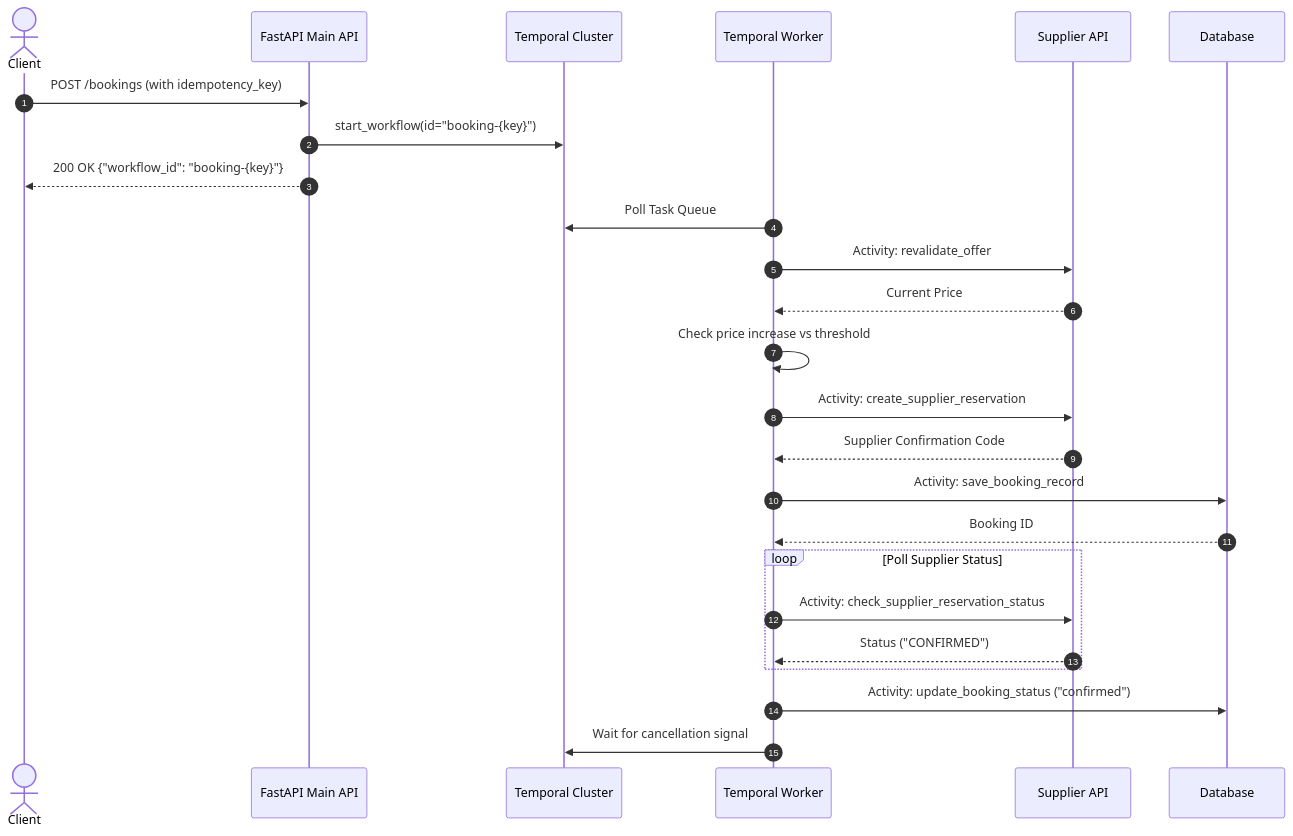
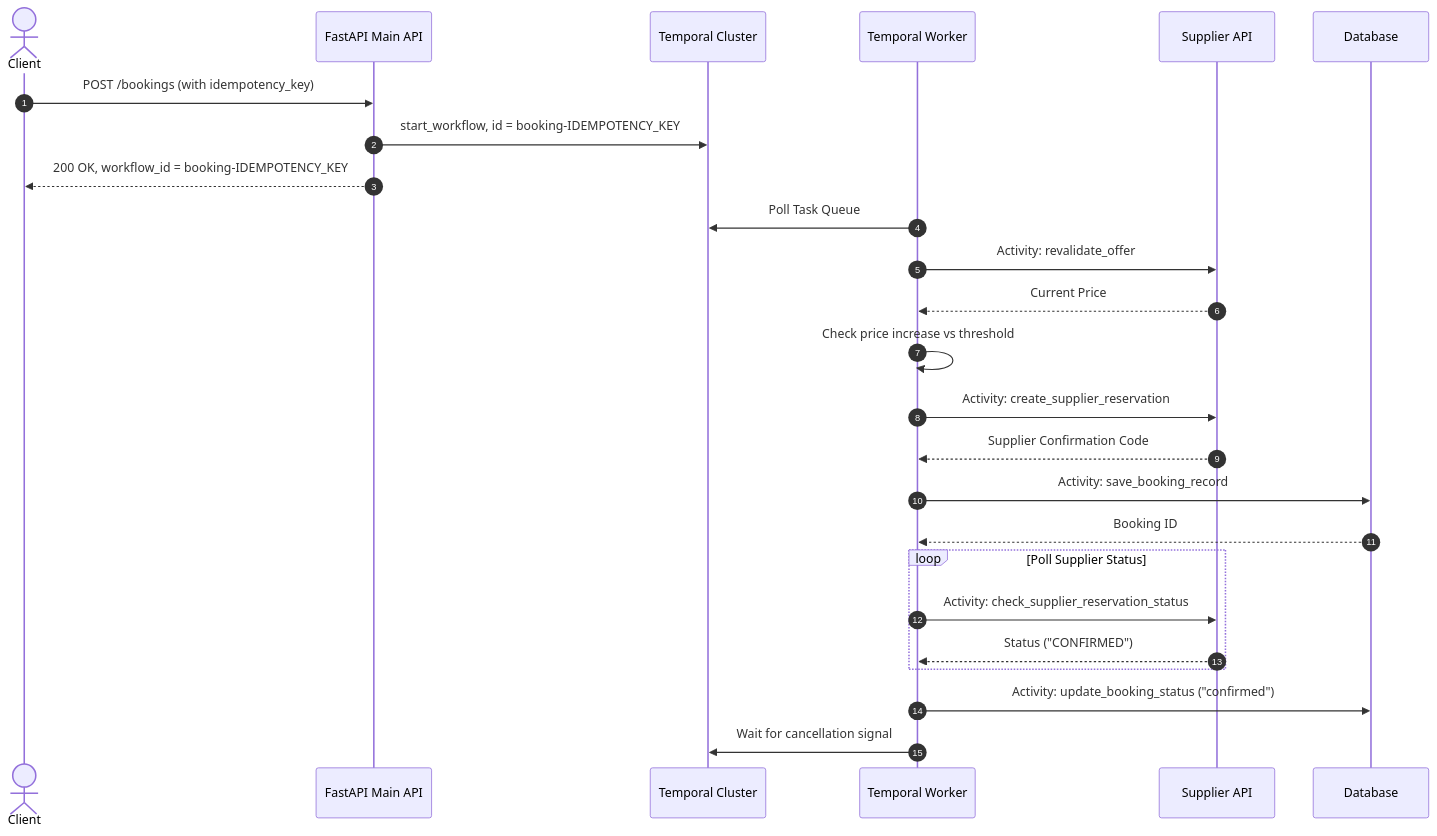
Before and after one commit to ommundada16/prodt_task: the third of 3 diagrams in docs/architecture.md, drawn with Mermaid. The commit also changed other lines of this file, not shown here.

First line of the commit message:
fix: remove curly braces breaking the Mermaid diagram on GitHub

````diff
--- a/docs/architecture.md
+++ b/docs/architecture.md
@@ -116,33 +119,33 @@
 ```mermaid
 sequenceDiagram
     autonumber
     actor Client
     participant API as FastAPI Main API
     participant Temporal as Temporal Cluster
     participant Worker as Temporal Worker
     participant Supplier as Supplier API
     participant DB as Database
 
     Client->>API: POST /bookings (with idempotency_key)
-    API->>Temporal: start_workflow(id="booking-{key}")
-    API-->>Client: 200 OK {"workflow_id": "booking-{key}"}
+    API->>Temporal: start_workflow, id = booking-IDEMPOTENCY_KEY
+    API-->>Client: 200 OK, workflow_id = booking-IDEMPOTENCY_KEY
 
     Worker->>Temporal: Poll Task Queue
     Worker->>Supplier: Activity: revalidate_offer
     Supplier-->>Worker: Current Price
     Worker->>Worker: Check price increase vs threshold
 
     Worker->>Supplier: Activity: create_supplier_reservation
     Supplier-->>Worker: Supplier Confirmation Code
 
     Worker->>DB: Activity: save_booking_record
     DB-->>Worker: Booking ID
 
     loop Poll Supplier Status
         Worker->>Supplier: Activity: check_supplier_reservation_status
         Supplier-->>Worker: Status ("CONFIRMED")
     end
 
     Worker->>DB: Activity: update_booking_status ("confirmed")
     Worker->>Temporal: Wait for cancellation signal
 ```
````
